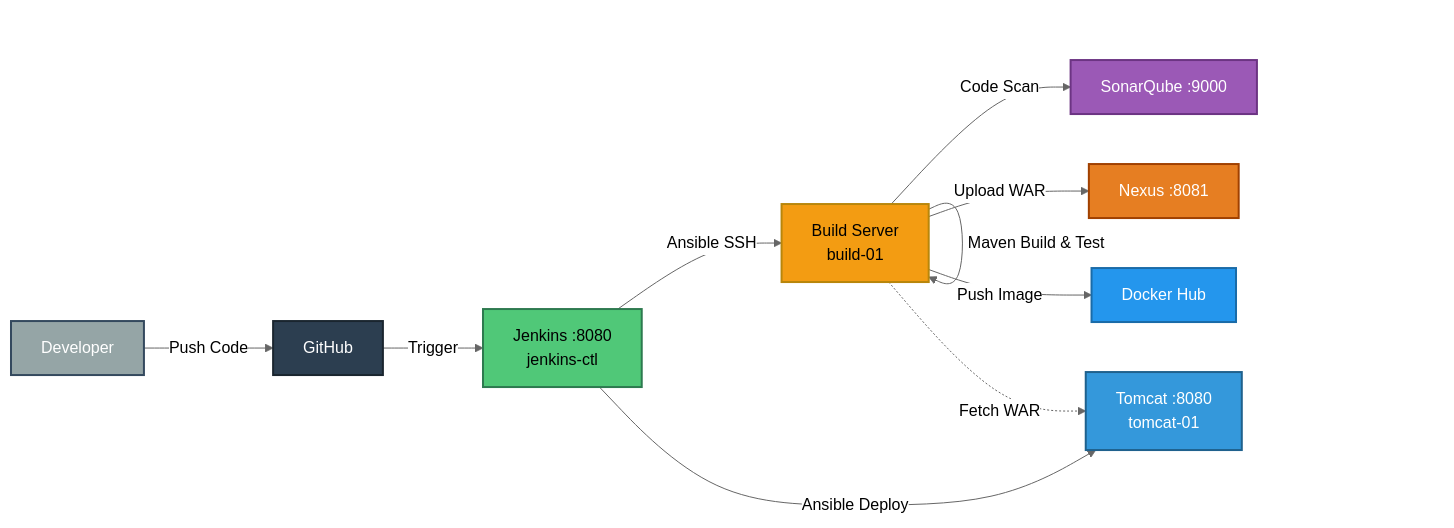
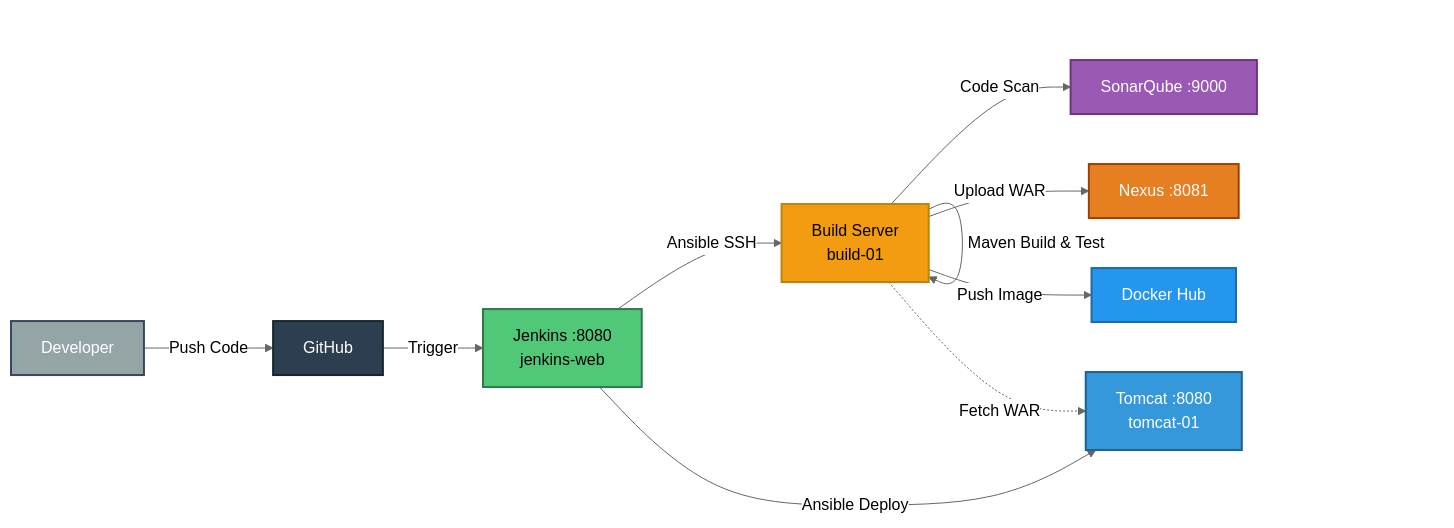
Before and after one commit to ashuvee/28nov-ansible-playbooks: the second of 2 diagrams in README.md, drawn with Mermaid (neutral theme).

````diff
--- a/README.md
+++ b/README.md
@@ -41,24 +41,24 @@
 ```mermaid
 graph LR
     DEV[Developer] -->|Push Code| GH[GitHub]
-    GH -->|Trigger| J[Jenkins :8080<br/>jenkins-ctl]
+    GH -->|Trigger| J[Jenkins :8080<br/>jenkins-web]
     
     J -->|Ansible SSH| B[Build Server<br/>build-01]
     
     B -->|Maven Build & Test| B
     B -->|Code Scan| S[SonarQube :9000]
     B -->|Upload WAR| N[Nexus :8081]
     B -->|Push Image| DH[Docker Hub]
     
     J -->|Ansible Deploy| T[Tomcat :8080<br/>tomcat-01]
     B -.->|Fetch WAR| T
 
     style DEV fill:#95A5A6,stroke:#34495E,stroke-width:2px,color:#fff
     style GH fill:#2C3E50,stroke:#1A252F,stroke-width:2px,color:#fff
     style J fill:#50C878,stroke:#2D7A4F,stroke-width:2px,color:#000
     style B fill:#F39C12,stroke:#B8860B,stroke-width:2px,color:#000
     style S fill:#9B59B6,stroke:#6C3483,stroke-width:2px,color:#fff
     style N fill:#E67E22,stroke:#A04000,stroke-width:2px,color:#fff
     style DH fill:#2496ED,stroke:#1A6BA8,stroke-width:2px,color:#fff
     style T fill:#3498DB,stroke:#1F618D,stroke-width:2px,color:#fff
 ```
````
